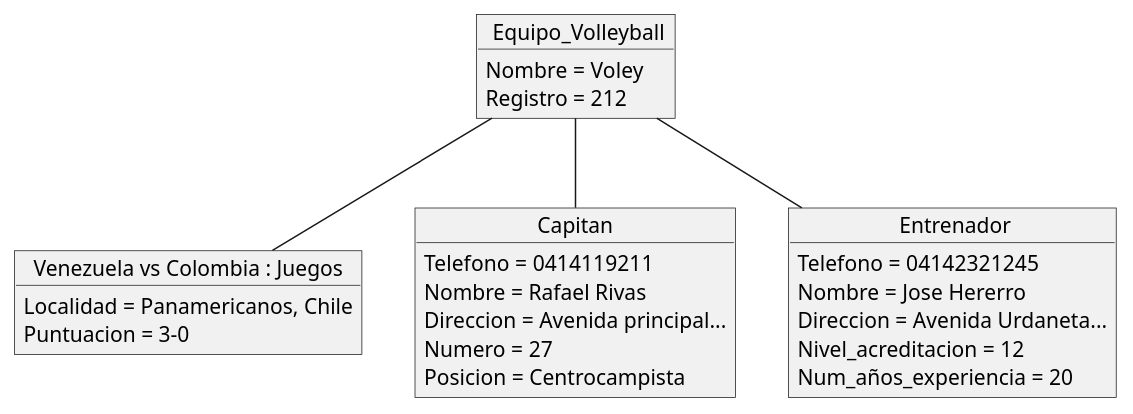
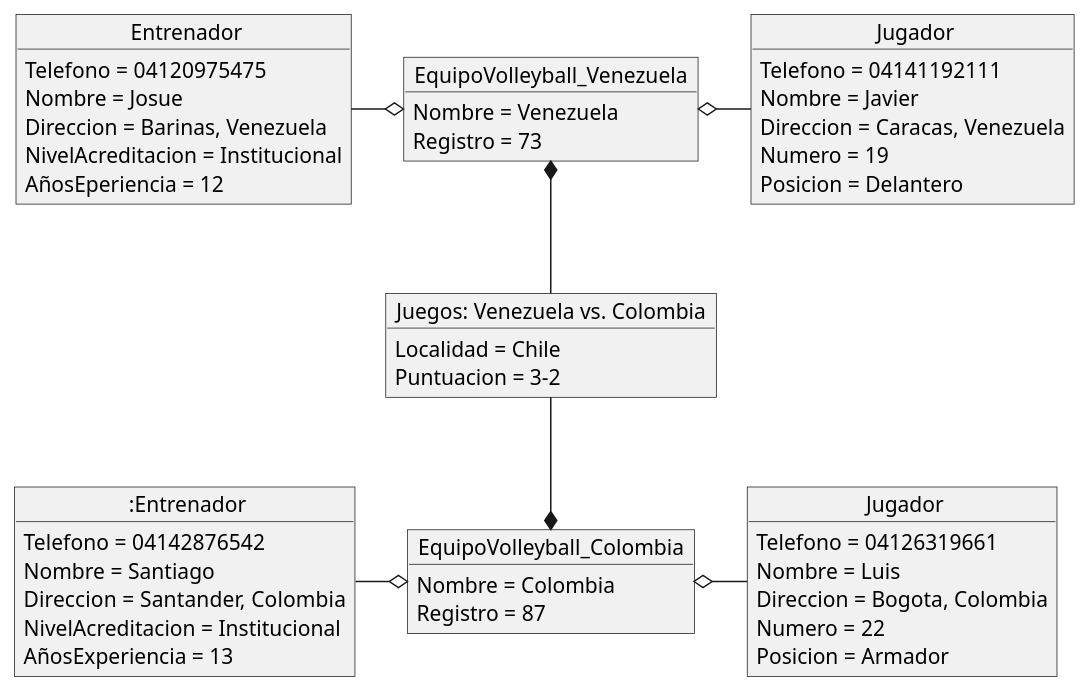
The diagram in out/F-DiagramaDeObjetos.plantuml (Lisangely/IS-022023), drawn with PlantUML before and after one commit. The commit also changed 3 other files, not shown here.

```diff
--- a/out/F-DiagramaDeObjetos.plantuml
+++ b/out/F-DiagramaDeObjetos.plantuml
@@ -1,29 +1,50 @@
+@startuml
 
-object " Equipo_Volleyball" as J1
-J1 : Nombre = Voley
-J1 : Registro = 212 
-
-object "Venezuela vs Colombia : Juegos" as J4
-J4 : Localidad = Panamericanos, Chile 
-J4 : Puntuacion = 3-0
-
-object "Capitan" as J3
-J3 : Telefono = 0414119211
-J3 : Nombre = Rafael Rivas
-J3 : Direccion = Avenida principal...
-J3 : Numero = 27
-J3 : Posicion = Centrocampista
-
-
-object " Entrenador" as J2
-J2 : Telefono = 04142321245
-J2 : Nombre = Jose Hererro
-J2 : Direccion = Avenida Urdaneta...
-J2 : Nivel_acreditacion = 12
-J2 : Num_años_experiencia = 20
-
-J1 -- J3
-J1 -- J2
-J1 -- J4
+object "EquipoVolleyball_Venezuela" as P3{
+    Nombre = Venezuela
+    Registro = 73
+}
+object " Jugador" as P1{
+    Telefono = 04141192111
+    Nombre = Javier
+    Direccion = Caracas, Venezuela
+    Numero = 19
+    Posicion = Delantero
+}
+object " Entrenador" as P2{
+    Telefono = 04120975475
+    Nombre = Josue
+    Direccion = Barinas, Venezuela
+    NivelAcreditacion = Institucional
+    AñosEperiencia = 12
+}
+object "EquipoVolleyball_Colombia" as P5{
+    Nombre = Colombia
+    Registro = 87
+}
+object " Jugador" as P6{
+    Telefono = 04126319661
+    Nombre = Luis
+    Direccion = Bogota, Colombia
+    Numero = 22
+    Posicion = Armador
+}
+object " :Entrenador" as P7{
+    Telefono = 04142876542
+    Nombre = Santiago 
+    Direccion = Santander, Colombia
+    NivelAcreditacion = Institucional
+    AñosExperiencia = 13
+}
+object "Juegos: Venezuela vs. Colombia" as P4{
+    Localidad = Chile 
+    Puntuacion = 3-2
+}
+P3 o-right- P1
+P3 o-left- P2
+P4 -up-* P3
+P5 o-right- P6
+P5 o-left- P7
+P4 -down-* P5
 
 @enduml
```
